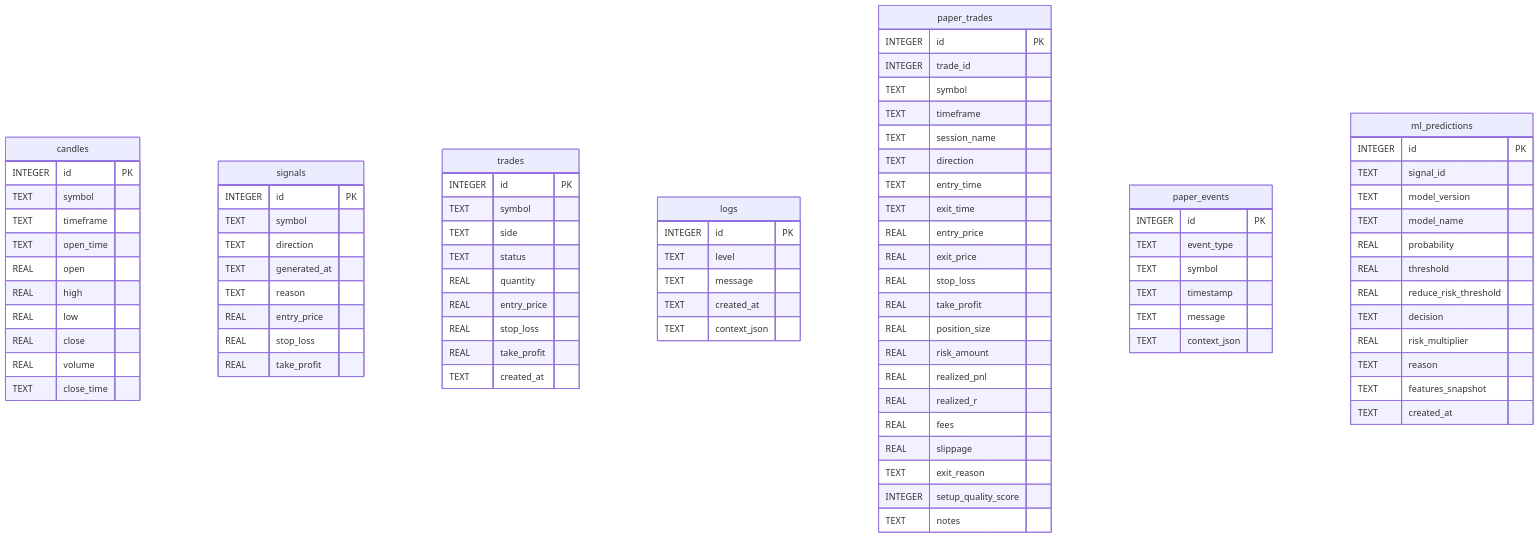
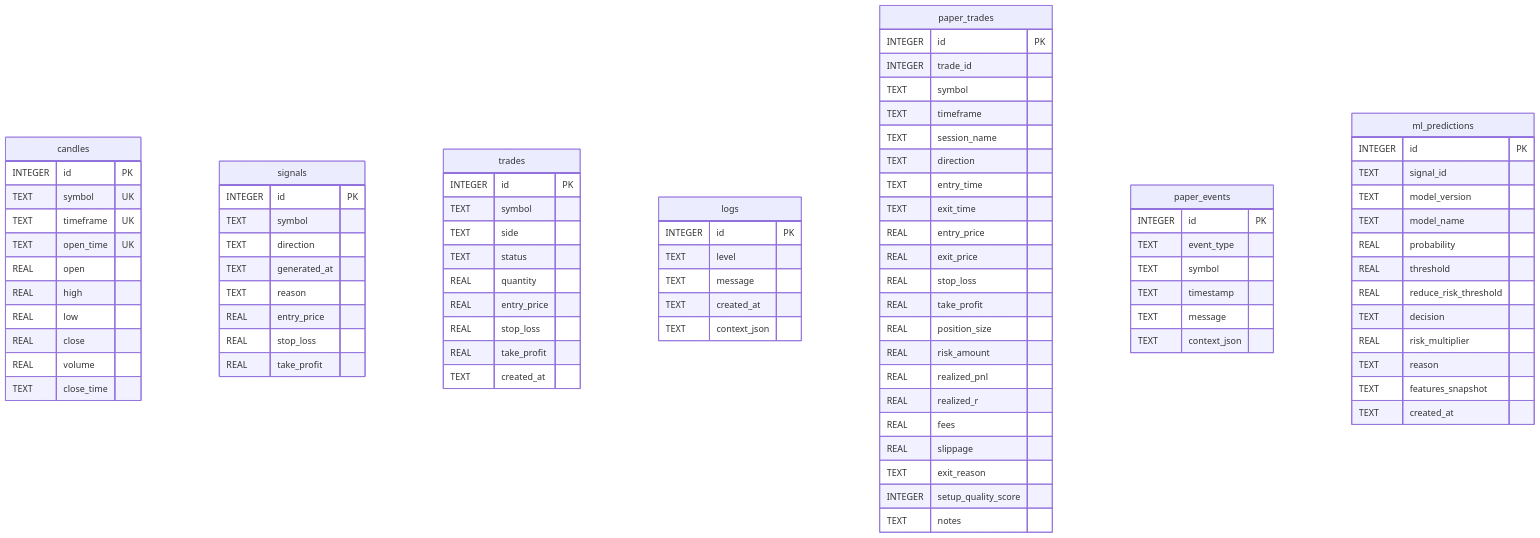
Before and after one commit to ceezey/SILVR: the second of 5 diagrams in docs/sdd-silverbot.md, drawn with Mermaid. The commit also changed other lines of this file and 19 other files, not shown here.

```diff
--- a/docs/sdd-silverbot.md
+++ b/docs/sdd-silverbot.md
@@ -169,9 +169,9 @@
 erDiagram
     candles {
         INTEGER id PK
-        TEXT symbol
-        TEXT timeframe
-        TEXT open_time
+        TEXT symbol UK
+        TEXT timeframe UK
+        TEXT open_time UK
         REAL open
         REAL high
         REAL low
```
